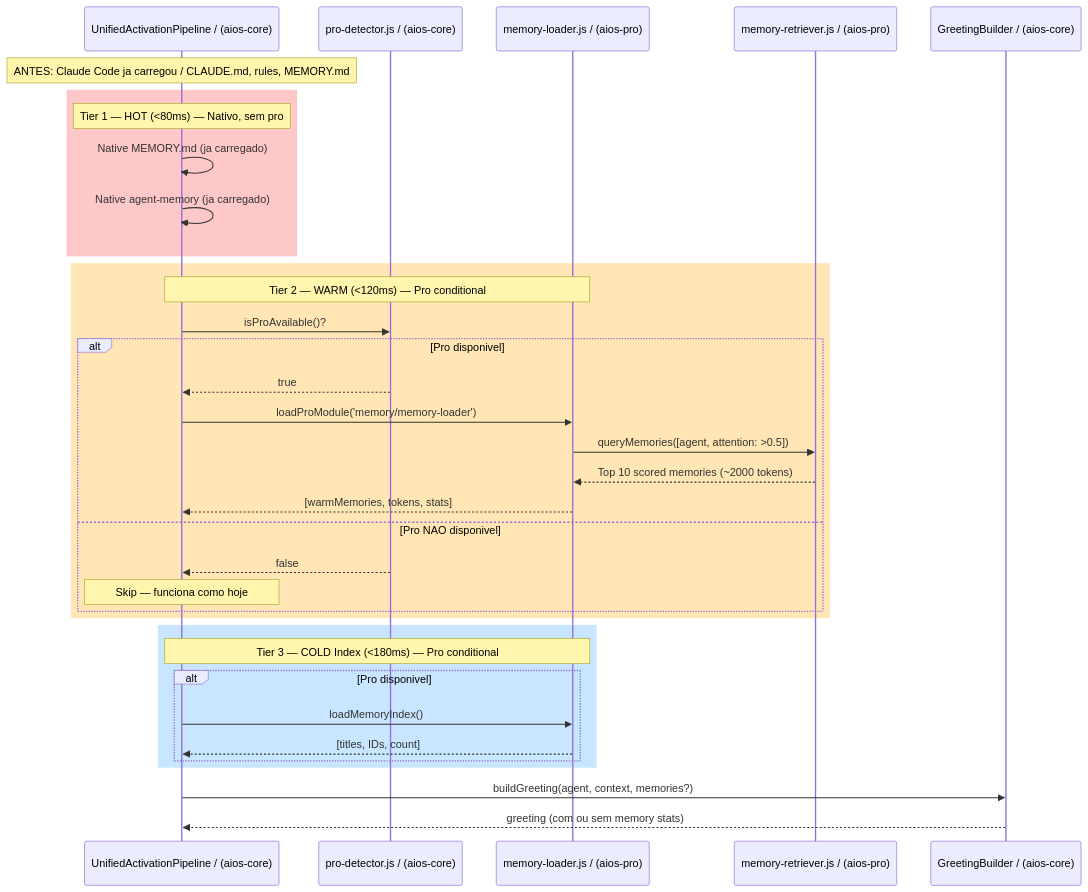
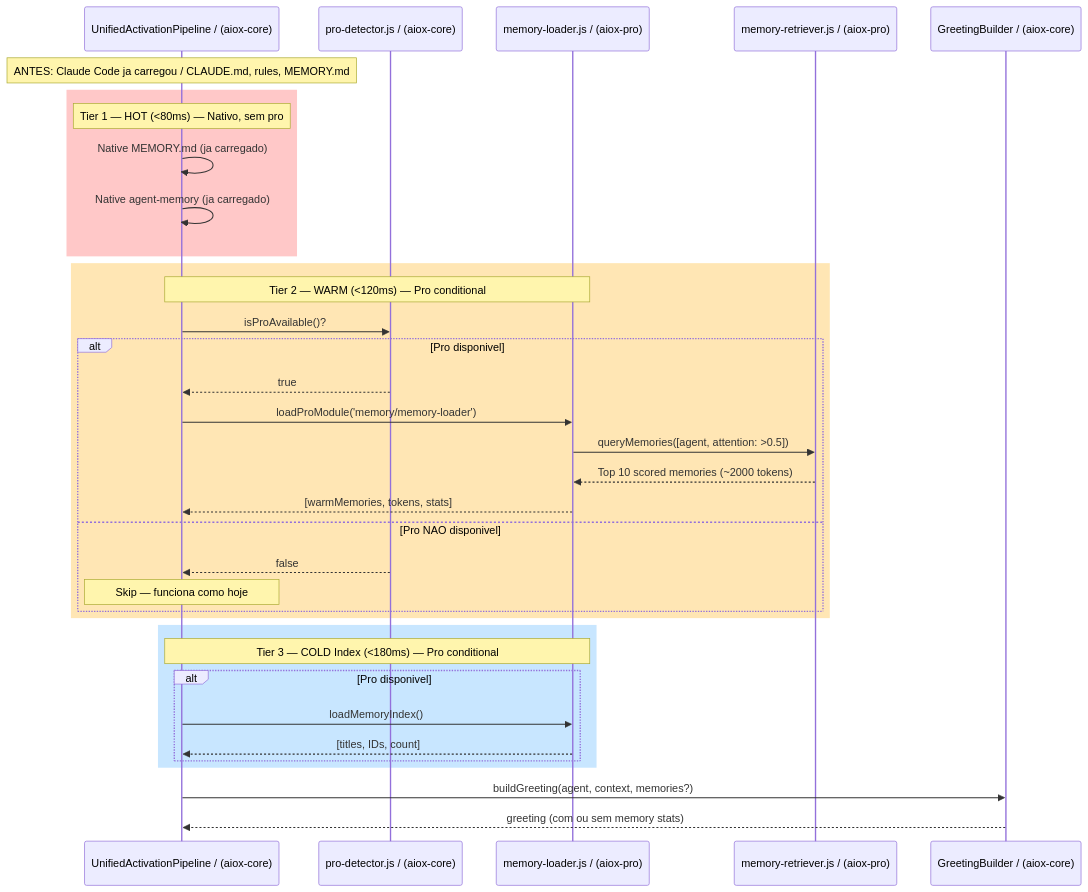
One commit to bychrisr/aios-docs changed the tenth of 11 diagrams in content/en/docs/guides/MEMORY-INTELLIGENCE-SYSTEM.mdx. Above: the diagram before and after it, drawn with Mermaid. The commit also changed other lines of this file and 564 other files, not shown here.

Commit message:
chore(sync): auto-sync from aios-core 2026-03-05 [skip ci]

````diff
--- a/content/en/docs/guides/MEMORY-INTELLIGENCE-SYSTEM.mdx
+++ b/content/en/docs/guides/MEMORY-INTELLIGENCE-SYSTEM.mdx
@@ -759,43 +759,43 @@
 ```mermaid
 sequenceDiagram
-    participant UAP as UnifiedActivationPipeline / (aios-core)
-    participant PD as pro-detector.js / (aios-core)
-    participant ML as memory-loader.js / (aios-pro)
-    participant MR as memory-retriever.js / (aios-pro)
-    participant GB as GreetingBuilder / (aios-core)
+    participant UAP as UnifiedActivationPipeline / (aiox-core)
+    participant PD as pro-detector.js / (aiox-core)
+    participant ML as memory-loader.js / (aiox-pro)
+    participant MR as memory-retriever.js / (aiox-pro)
+    participant GB as GreetingBuilder / (aiox-core)
 
     Note over UAP: ANTES: Claude Code ja carregou / CLAUDE.md, rules, MEMORY.md
 
     rect rgb(255, 200, 200)
         Note over UAP: Tier 1 — HOT (<80ms) — Nativo, sem pro
         UAP->>UAP: Native MEMORY.md (ja carregado)
         UAP->>UAP: Native agent-memory (ja carregado)
     end
 
     rect rgb(255, 230, 180)
         Note over UAP,ML: Tier 2 — WARM (<120ms) — Pro conditional
         UAP->>PD: isProAvailable()?
 
         alt Pro disponivel
             PD-->>UAP: true
             UAP->>ML: loadProModule('memory/memory-loader')
             ML->>MR: queryMemories([agent, attention: >0.5])
             MR-->>ML: Top 10 scored memories (~2000 tokens)
             ML-->>UAP: [warmMemories, tokens, stats]
         else Pro NAO disponivel
             PD-->>UAP: false
             Note over UAP: Skip — funciona como hoje
         end
     end
 
     rect rgb(200, 230, 255)
         Note over UAP,ML: Tier 3 — COLD Index (<180ms) — Pro conditional
         alt Pro disponivel
             UAP->>ML: loadMemoryIndex()
             ML-->>UAP: [titles, IDs, count]
         end
     end
 
     UAP->>GB: buildGreeting(agent, context, memories?)
     GB-->>UAP: greeting (com ou sem memory stats)
 ```
````
